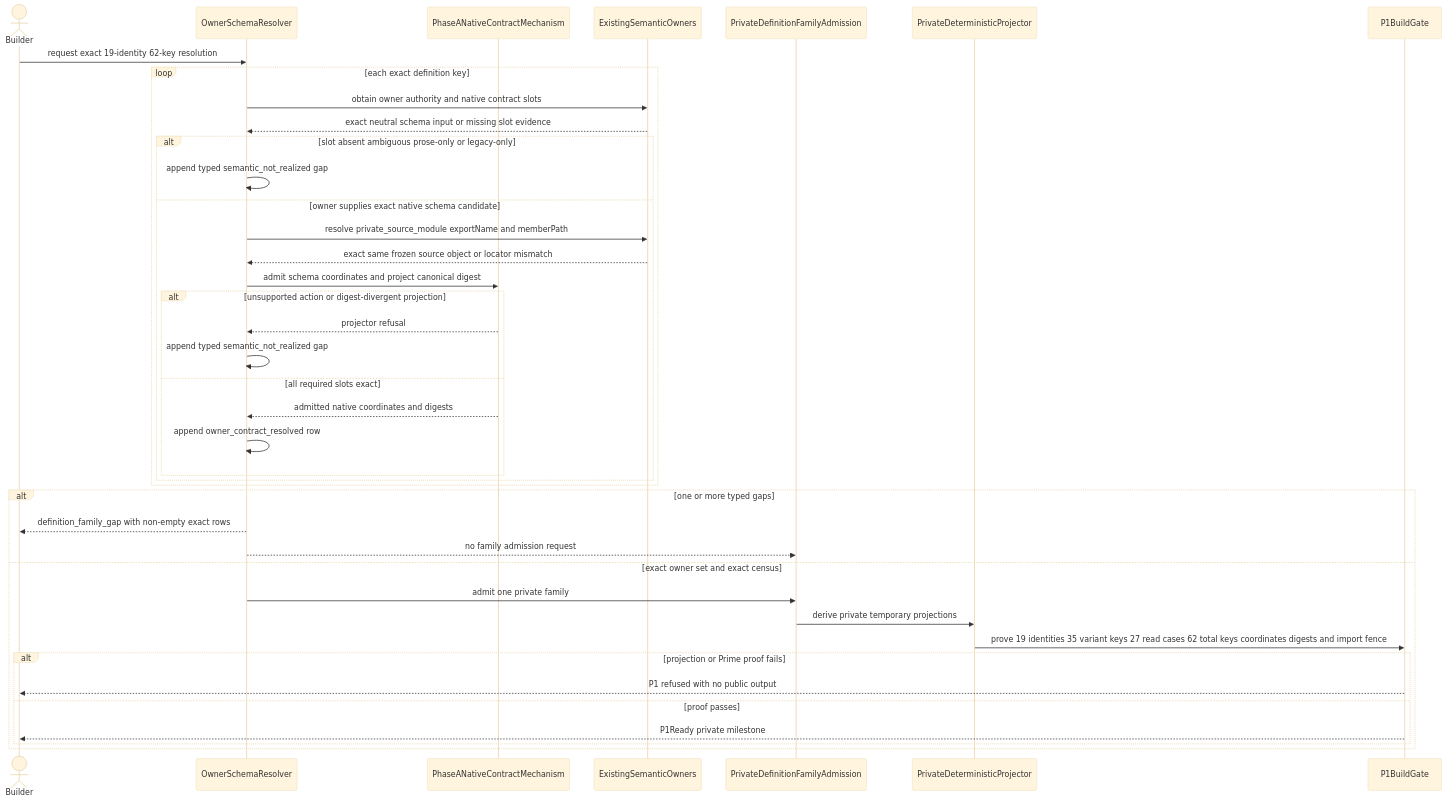
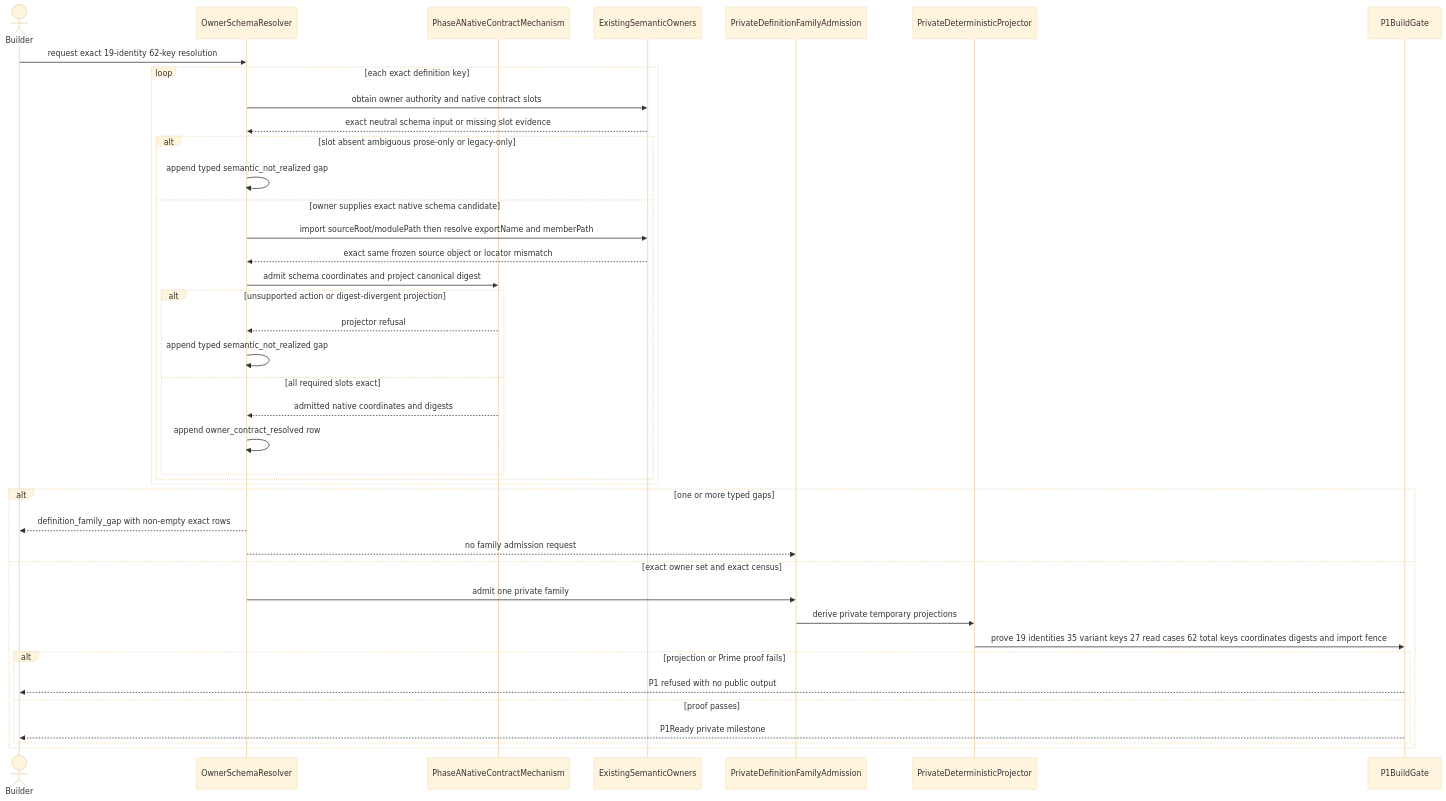
The second of 3 diagrams in build_tenants/abiogenesis/typescript/design/M04_PUBLIC_OPERATION_DEFINITION_FAMILY_BEHAVIOR_DESIGN.md (foolishimp/abiogenesis), drawn with Mermaid (base theme) before and after one commit. The commit also changed other lines of this file and 8 other files, not shown here.

````diff
--- a/build_tenants/abiogenesis/typescript/design/M04_PUBLIC_OPERATION_DEFINITION_FAMILY_BEHAVIOR_DESIGN.md
+++ b/build_tenants/abiogenesis/typescript/design/M04_PUBLIC_OPERATION_DEFINITION_FAMILY_BEHAVIOR_DESIGN.md
@@ -1024,43 +1031,43 @@
 ```mermaid
 sequenceDiagram
   actor Builder
   participant Resolver as OwnerSchemaResolver
   participant PhaseA as PhaseANativeContractMechanism
   participant Owners as ExistingSemanticOwners
   participant Family as PrivateDefinitionFamilyAdmission
   participant Projector as PrivateDeterministicProjector
   participant Gate as P1BuildGate
 
   Builder->>Resolver: request exact 19-identity 62-key resolution
   loop each exact definition key
     Resolver->>Owners: obtain owner authority and native contract slots
     Owners-->>Resolver: exact neutral schema input or missing slot evidence
     alt slot absent ambiguous prose-only or legacy-only
       Resolver->>Resolver: append typed semantic_not_realized gap
     else owner supplies exact native schema candidate
-      Resolver->>Owners: resolve private_source_module exportName and memberPath
+      Resolver->>Owners: import sourceRoot/modulePath then resolve exportName and memberPath
       Owners-->>Resolver: exact same frozen source object or locator mismatch
       Resolver->>PhaseA: admit schema coordinates and project canonical digest
       alt unsupported action or digest-divergent projection
         PhaseA-->>Resolver: projector refusal
         Resolver->>Resolver: append typed semantic_not_realized gap
       else all required slots exact
         PhaseA-->>Resolver: admitted native coordinates and digests
         Resolver->>Resolver: append owner_contract_resolved row
       end
     end
   end
   alt one or more typed gaps
     Resolver-->>Builder: definition_family_gap with non-empty exact rows
     Resolver-->>Family: no family admission request
   else exact owner set and exact census
     Resolver->>Family: admit one private family
     Family->>Projector: derive private temporary projections
     Projector->>Gate: prove 19 identities 35 variant keys 27 read cases 62 total keys coordinates digests and import fence
     alt projection or Prime proof fails
       Gate-->>Builder: P1 refused with no public output
     else proof passes
       Gate-->>Builder: P1Ready private milestone
     end
   end
 ```
````
